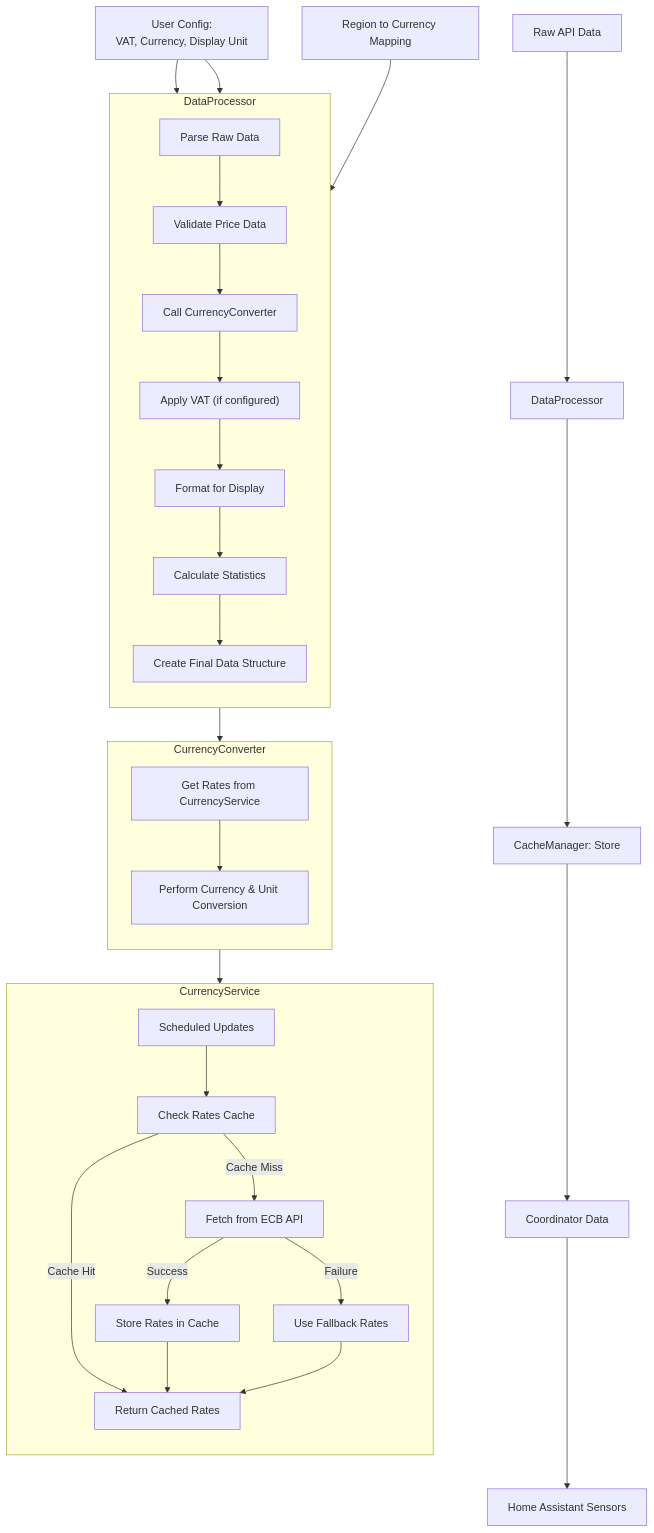
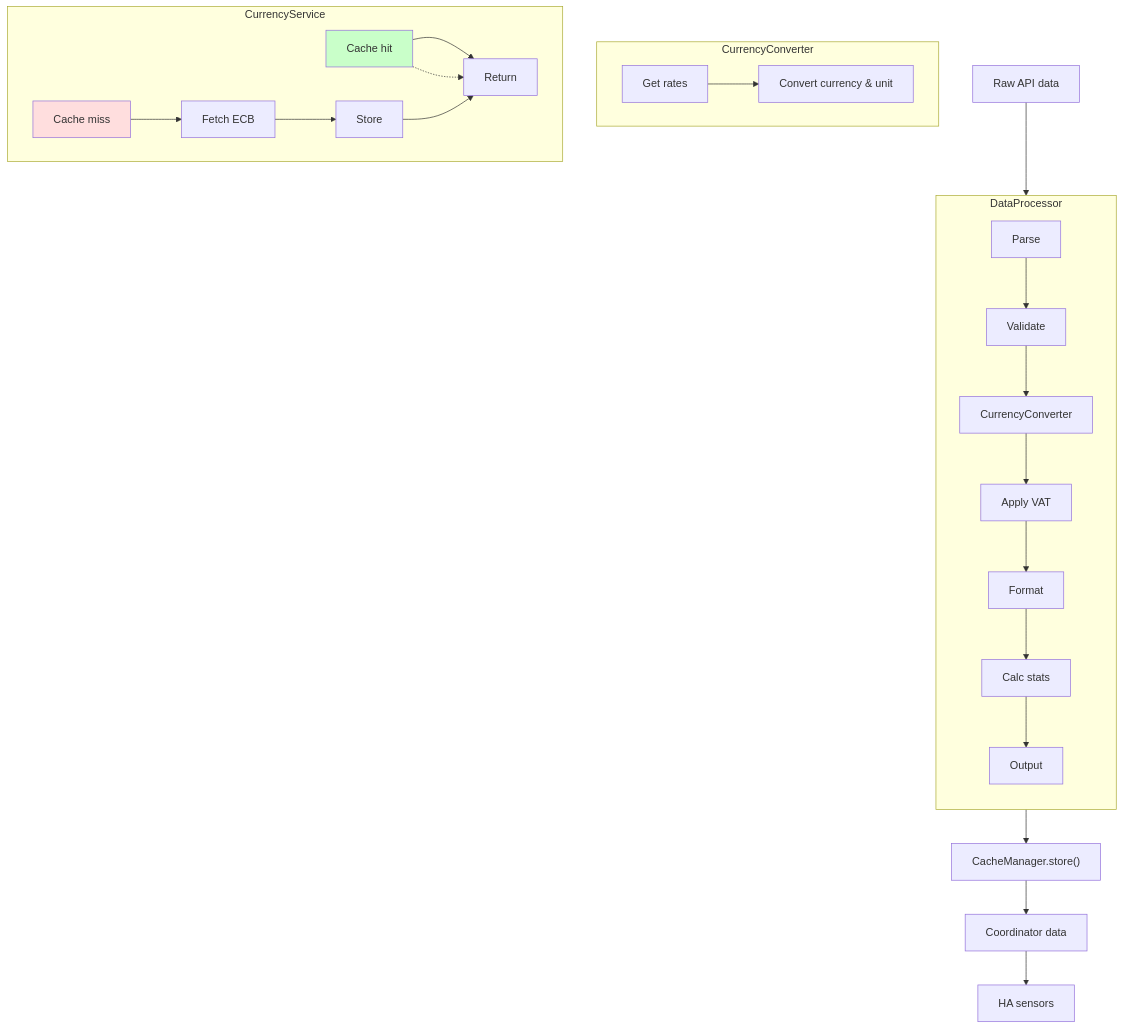
One commit to enoch85/ge-spot changed the third of 6 diagrams in README.md. Above: the diagram before and after it, drawn with Mermaid. The commit also changed other lines of this file, not shown here.

Commit message:
one last update, double check correctness

````diff
--- a/README.md
+++ b/README.md
@@ -248,44 +240,31 @@
 ```mermaid
 flowchart TD
-    RawData["Raw API Data"] --> Processor[DataProcessor]
+    Raw["Raw API data"] --> Proc
 
-    subgraph DataProcessor
+    subgraph Proc["DataProcessor"]
         direction TB
-        Parse["Parse Raw Data"]
-        Validate["Validate Price Data"]
-        Convert["Call CurrencyConverter"]
-        ApplyVAT["Apply VAT (if configured)"]
-        Format["Format for Display"]
-        CalcStats["Calculate Statistics"]
-        CreateOutput["Create Final Data Structure"]
-
-        Parse --> Validate --> Convert --> ApplyVAT --> Format --> CalcStats --> CreateOutput
+        Parse --> Validate --> Convert --> VAT --> Format --> Stats --> Out
+        Parse["Parse"]
+        Validate["Validate"]
+        Convert["CurrencyConverter"]
+        VAT["Apply VAT"]
+        Format["Format"]
+        Stats["Calc stats"]
+        Out["Output"]
     end
 
-    Processor --> CacheStore[CacheManager: Store]
-    CacheStore --> CoordData["Coordinator Data"]
-    CoordData --> Sensors["Home Assistant Sensors"]
+    Out --> CM["CacheManager.store()"] --> Coord["Coordinator data"]
+    Coord --> Sensors["HA sensors"]
 
     subgraph CurrencyConverter
-        direction TB
-        GetRates["Get Rates from CurrencyService"]
-        DoConvert["Perform Currency & Unit Conversion"]
-        GetRates --> DoConvert
+        GetRates["Get rates"] --> DoConvert["Convert currency & unit"]
     end
 
     subgraph CurrencyService
-        direction TB
-        CheckCache["Check Rates Cache"]
-        CheckCache -- Cache Hit --> ReturnRates["Return Cached Rates"]
-        CheckCache -- Cache Miss --> FetchECB["Fetch from ECB API"]
-        FetchECB -- Success --> StoreCache["Store Rates in Cache"] --> ReturnRates
-        FetchECB -- Failure --> UseFallback["Use Fallback Rates"] --> ReturnRates
-        Scheduler["Scheduled Updates"] --> CheckCache
+        CacheHit["Cache hit"]:::ok --> Return
+        CacheMiss["Cache miss"]:::err --> ECB["Fetch ECB"] --> Store --> Return
+        CacheHit -.-> Return
+        style CacheHit fill:#c9ffc9
+        style CacheMiss fill:#ffdede
     end
-
-    Convert --> CurrencyConverter
-    GetRates --> CurrencyService
-
-    Config["User Config:\nVAT, Currency, Display Unit"] --> ApplyVAT & Format
-    RegionMap["Region to Currency Mapping"] --> Convert
 ```
````
